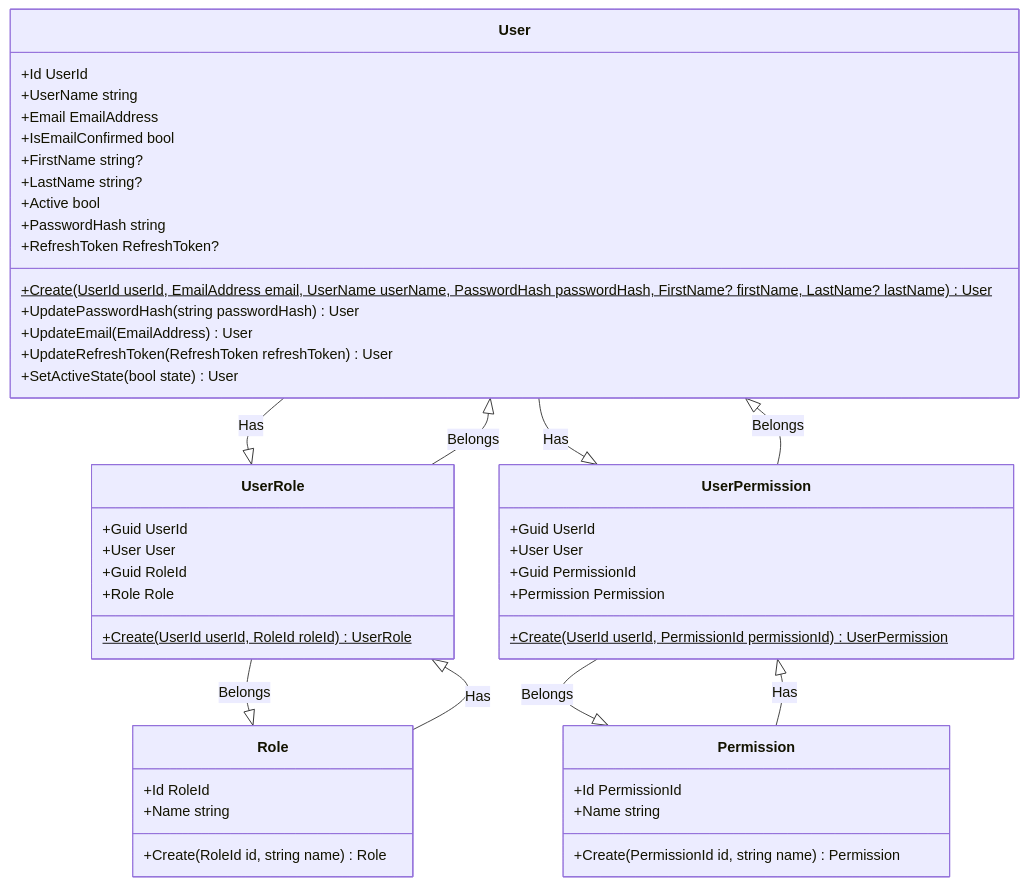
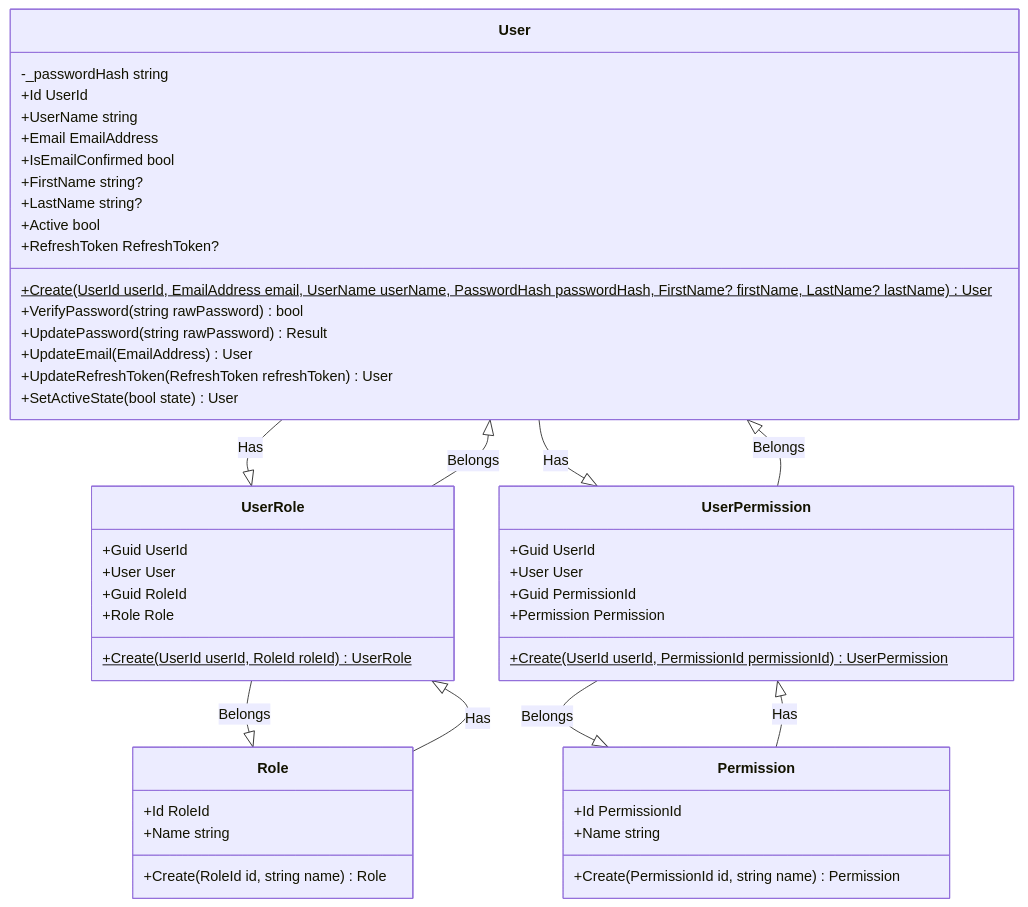
Before and after one commit to snicoper/agenda-manager-docs: the first of 7 diagrams in backend/source/Domain/Identity.md, drawn with Mermaid.

Commit message:
Cambiso en User con los metodos de password

````diff
--- a/backend/source/Domain/Identity.md
+++ b/backend/source/Domain/Identity.md
@@ -5,62 +5,63 @@
 ```mermaid
 classDiagram
     class User {
+        -_passwordHash string
         +Id UserId
         +UserName string
         +Email EmailAddress
         +IsEmailConfirmed bool
         +FirstName string?
         +LastName string?
         +Active bool
-        +PasswordHash string
         +RefreshToken RefreshToken?
 
         +Create(UserId userId, EmailAddress email, UserName userName, PasswordHash passwordHash, FirstName? firstName, LastName? lastName) User$
-        +UpdatePasswordHash(string passwordHash) User
+        +VerifyPassword(string rawPassword) bool
+        +UpdatePassword(string rawPassword) Result
         +UpdateEmail(EmailAddress) User
         +UpdateRefreshToken(RefreshToken refreshToken) User
         +SetActiveState(bool state) User
     }
 
     class Role {
         +Id RoleId
         +Name string
 
         +Create(RoleId id, string name) Role
     }
 
     class Permission {
         +Id PermissionId
         +Name string
 
         +Create(PermissionId id, string name) Permission
     }
 
 
    class UserRole {
         +Guid UserId
         +User User
         +Guid RoleId
         +Role Role
 
         +Create(UserId userId, RoleId roleId) UserRole$
     }
 
     class UserPermission {
         +Guid UserId
         +User User
         +Guid PermissionId
         +Permission Permission
 
         +Create(UserId userId, PermissionId permissionId) UserPermission$
     }
 
     User --|> UserRole : Has
     UserRole --|> User : Belongs
     Role --|> UserRole : Has
     UserRole --|> Role : Belongs
     User --|> UserPermission : Has
     UserPermission --|> User : Belongs
     Permission --|> UserPermission : Has
     UserPermission --|> Permission : Belongs
 ```
````
